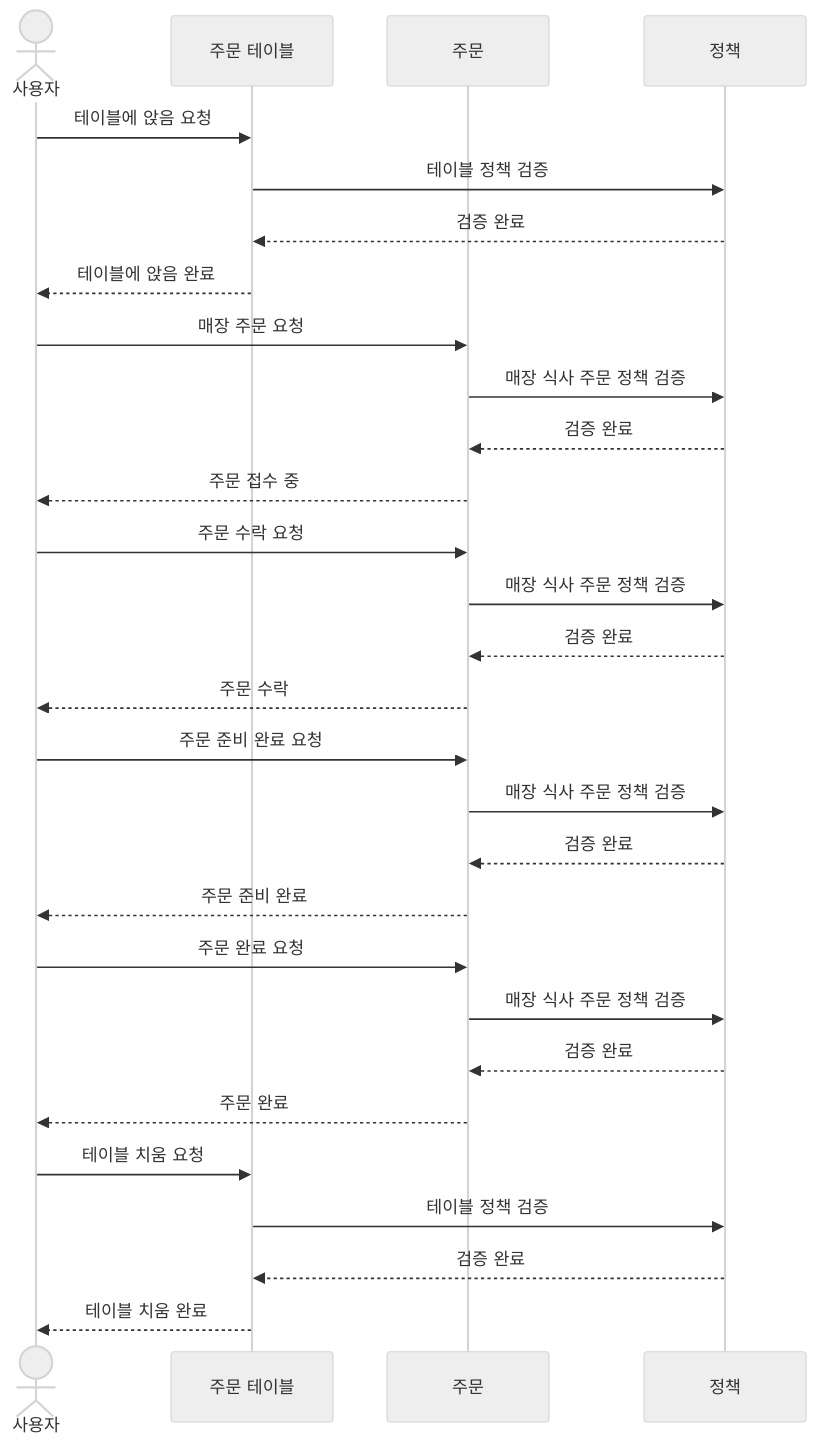
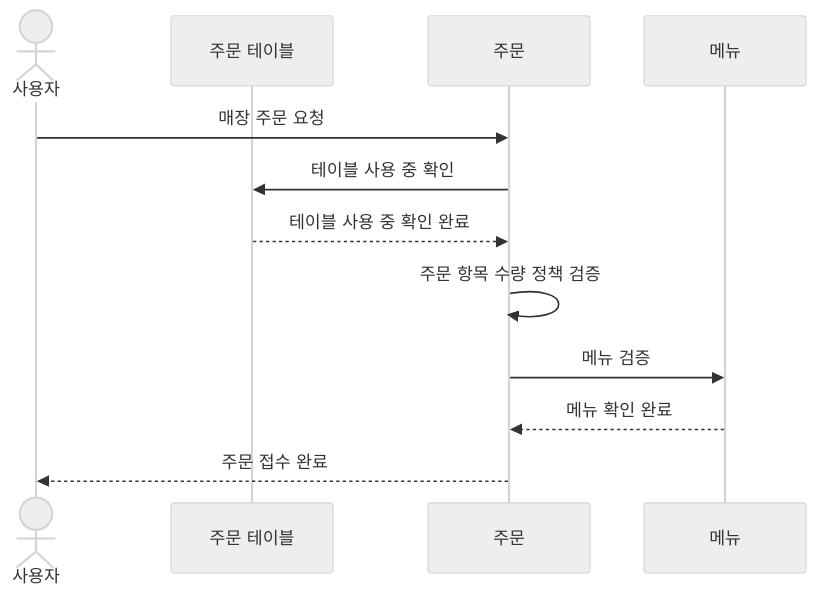
Before and after one commit to dkswnkk/ddd-strategic-design: diagram 17 of 22 in README.md, drawn with Mermaid (neutral theme). The commit also changed other lines of this file, not shown here.

````diff
--- a/README.md
+++ b/README.md
@@ -360,31 +490,14 @@
 ```mermaid
 sequenceDiagram
-    actor User as 사용자
+    actor Guest as 사용자
     participant OrderTable as 주문 테이블
     participant Order as 주문
-    participant Policy as 정책
-    User ->> OrderTable: 테이블에 앉음 요청
-    OrderTable ->> Policy: 테이블 정책 검증
-    Policy -->> OrderTable: 검증 완료
-    OrderTable -->> User: 테이블에 앉음 완료
-    User ->> Order: 매장 주문 요청
-    Order ->> Policy: 매장 식사 주문 정책 검증
-    Policy -->> Order: 검증 완료
-    Order -->> User: 주문 접수 중
-    User ->> Order: 주문 수락 요청
-    Order ->> Policy: 매장 식사 주문 정책 검증
-    Policy -->> Order: 검증 완료
-    Order -->> User: 주문 수락
-    User ->> Order: 주문 준비 완료 요청
-    Order ->> Policy: 매장 식사 주문 정책 검증
-    Policy -->> Order: 검증 완료
-    Order -->> User: 주문 준비 완료
-    User ->> Order: 주문 완료 요청
-    Order ->> Policy: 매장 식사 주문 정책 검증
-    Policy -->> Order: 검증 완료
-    Order -->> User: 주문 완료
-    User ->> OrderTable: 테이블 치움 요청
-    OrderTable ->> Policy: 테이블 정책 검증
-    Policy -->> OrderTable: 검증 완료
-    OrderTable -->> User: 테이블 치움 완료
+    participant Menu as 메뉴
+    Guest ->> Order: 매장 주문 요청
+    Order ->> OrderTable: 테이블 사용 중 확인
+    OrderTable -->> Order: 테이블 사용 중 확인 완료
+    Order ->> Order: 주문 항목 수량 정책 검증
+    Order ->> Menu: 메뉴 검증
+    Menu -->> Order: 메뉴 확인 완료
+    Order -->> Guest: 주문 접수 완료
 ```
````
